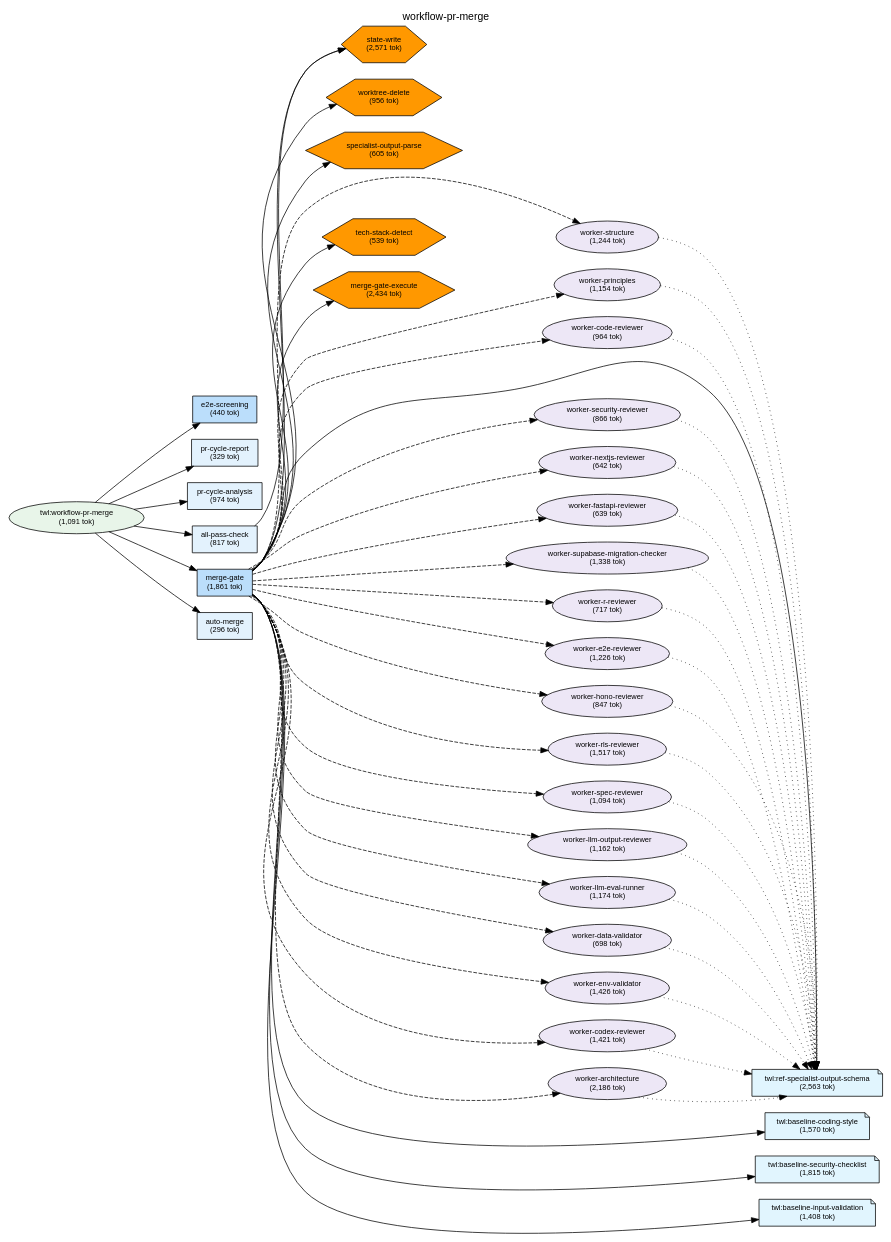
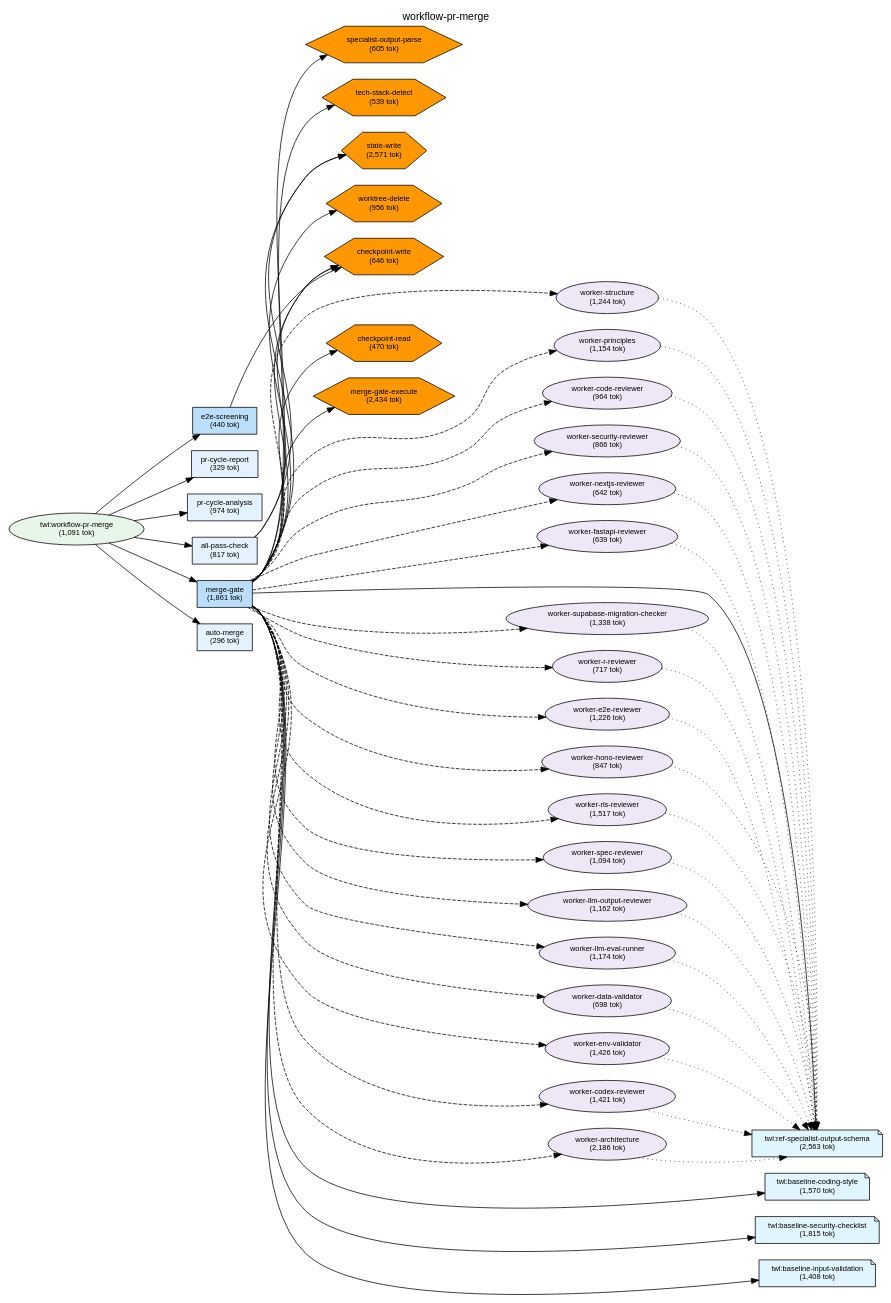
The diagram in plugins/twl/docs/deps-workflow-pr-merge.dot (shuu5/twill), drawn with Graphviz before and after one commit. The commit also changed 17 other files, not shown here.

```diff
--- a/plugins/twl/docs/deps-workflow-pr-merge.dot
+++ b/plugins/twl/docs/deps-workflow-pr-merge.dot
@@ -59,6 +59,8 @@
     script_tech_stack_detect [label="tech-stack-detect\n(539 tok)", shape=hexagon, style=filled, fillcolor="#FF9800"];
     script_specialist_output_parse [label="specialist-output-parse\n(605 tok)", shape=hexagon, style=filled, fillcolor="#FF9800"];
     script_merge_gate_execute [label="merge-gate-execute\n(2,434 tok)", shape=hexagon, style=filled, fillcolor="#FF9800"];
+    script_checkpoint_write [label="checkpoint-write\n(646 tok)", shape=hexagon, style=filled, fillcolor="#FF9800"];
+    script_checkpoint_read [label="checkpoint-read\n(470 tok)", shape=hexagon, style=filled, fillcolor="#FF9800"];
 
     // L4: External
 
@@ -67,7 +69,7 @@
     { rank=same; skill_ref_specialist_output_schema; skill_baseline_coding_style; skill_baseline_security_checklist; skill_baseline_input_validation; }
     { rank=same; cmd_pr_cycle_report; cmd_all_pass_check; cmd_e2e_screening; cmd_merge_gate; cmd_auto_merge; cmd_pr_cycle_analysis; }
     { rank=same; agent_worker_structure; agent_worker_principles; agent_worker_env_validator; agent_worker_rls_reviewer; agent_worker_supabase_migration_checker; agent_worker_data_validator; agent_worker_e2e_reviewer; agent_worker_spec_reviewer; agent_worker_codex_reviewer; agent_worker_code_reviewer; agent_worker_security_reviewer; agent_worker_nextjs_reviewer; agent_worker_fastapi_reviewer; agent_worker_hono_reviewer; agent_worker_r_reviewer; agent_worker_architecture; agent_worker_llm_output_reviewer; agent_worker_llm_eval_runner; }
-    { rank=same; script_state_write; script_worktree_delete; script_tech_stack_detect; script_specialist_output_parse; script_merge_gate_execute; }
+    { rank=same; script_state_write; script_worktree_delete; script_tech_stack_detect; script_specialist_output_parse; script_merge_gate_execute; script_checkpoint_write; script_checkpoint_read; }
 
     // Edges
     skill_workflow_pr_merge -> cmd_e2e_screening;
@@ -77,10 +79,14 @@
     skill_workflow_pr_merge -> cmd_merge_gate;
     skill_workflow_pr_merge -> cmd_auto_merge;
     cmd_all_pass_check -> script_state_write;
+    cmd_all_pass_check -> script_checkpoint_write;
+    cmd_e2e_screening -> script_checkpoint_write;
     cmd_merge_gate -> script_specialist_output_parse;
     cmd_merge_gate -> script_tech_stack_detect;
     cmd_merge_gate -> script_state_write;
     cmd_merge_gate -> script_worktree_delete;
+    cmd_merge_gate -> script_checkpoint_write;
+    cmd_merge_gate -> script_checkpoint_read;
     cmd_merge_gate -> script_merge_gate_execute;
     cmd_merge_gate -> agent_worker_structure [style=dashed];
     cmd_merge_gate -> agent_worker_principles [style=dashed];
@@ -129,6 +135,7 @@
     cmd_pr_cycle_analysis -> cmd_all_pass_check [style=invis, weight=10];
     cmd_all_pass_check -> cmd_merge_gate [style=invis, weight=10];
     cmd_merge_gate -> cmd_auto_merge [style=invis, weight=10];
+    script_state_write -> script_checkpoint_write [style=invis, weight=10];
     agent_worker_structure -> agent_worker_principles [style=invis, weight=10];
     agent_worker_principles -> agent_worker_architecture [style=invis, weight=10];
     agent_worker_architecture -> skill_ref_specialist_output_schema [style=invis, weight=10];
@@ -136,7 +143,8 @@
     agent_worker_principles -> agent_worker_architecture [style=invis, weight=10];
     agent_worker_architecture -> skill_ref_specialist_output_schema [style=invis, weight=10];
     script_specialist_output_parse -> script_tech_stack_detect [style=invis, weight=10];
-    script_tech_stack_detect -> agent_worker_structure [style=invis, weight=10];
+    script_tech_stack_detect -> script_checkpoint_write [style=invis, weight=10];
+    script_checkpoint_write -> agent_worker_structure [style=invis, weight=10];
     agent_worker_structure -> agent_worker_principles [style=invis, weight=10];
     agent_worker_principles -> agent_worker_code_reviewer [style=invis, weight=10];
     agent_worker_code_reviewer -> agent_worker_security_reviewer [style=invis, weight=10];
@@ -160,7 +168,9 @@
     script_specialist_output_parse -> script_tech_stack_detect [style=invis, weight=10];
     script_tech_stack_detect -> script_state_write [style=invis, weight=10];
     script_state_write -> script_worktree_delete [style=invis, weight=10];
-    script_worktree_delete -> script_merge_gate_execute [style=invis, weight=10];
+    script_worktree_delete -> script_checkpoint_write [style=invis, weight=10];
+    script_checkpoint_write -> script_checkpoint_read [style=invis, weight=10];
+    script_checkpoint_read -> script_merge_gate_execute [style=invis, weight=10];
     script_merge_gate_execute -> agent_worker_structure [style=invis, weight=10];
     agent_worker_structure -> agent_worker_principles [style=invis, weight=10];
     agent_worker_principles -> agent_worker_code_reviewer [style=invis, weight=10];
```
